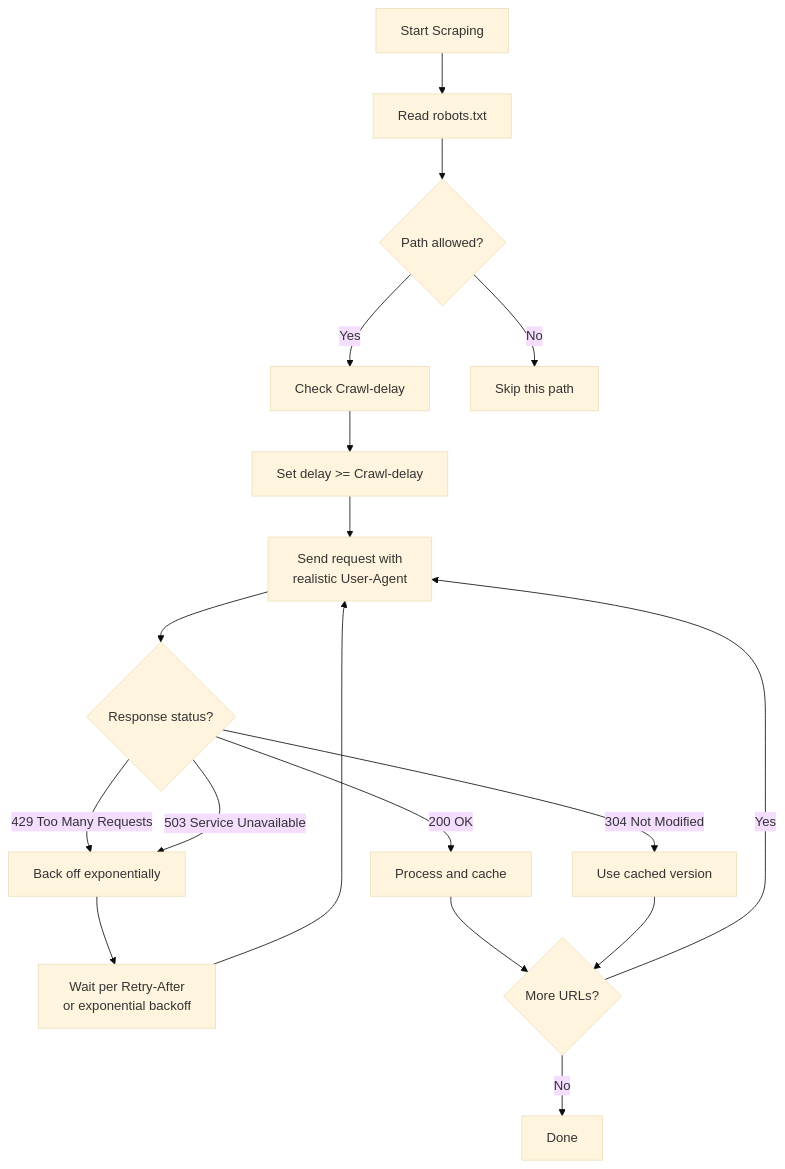
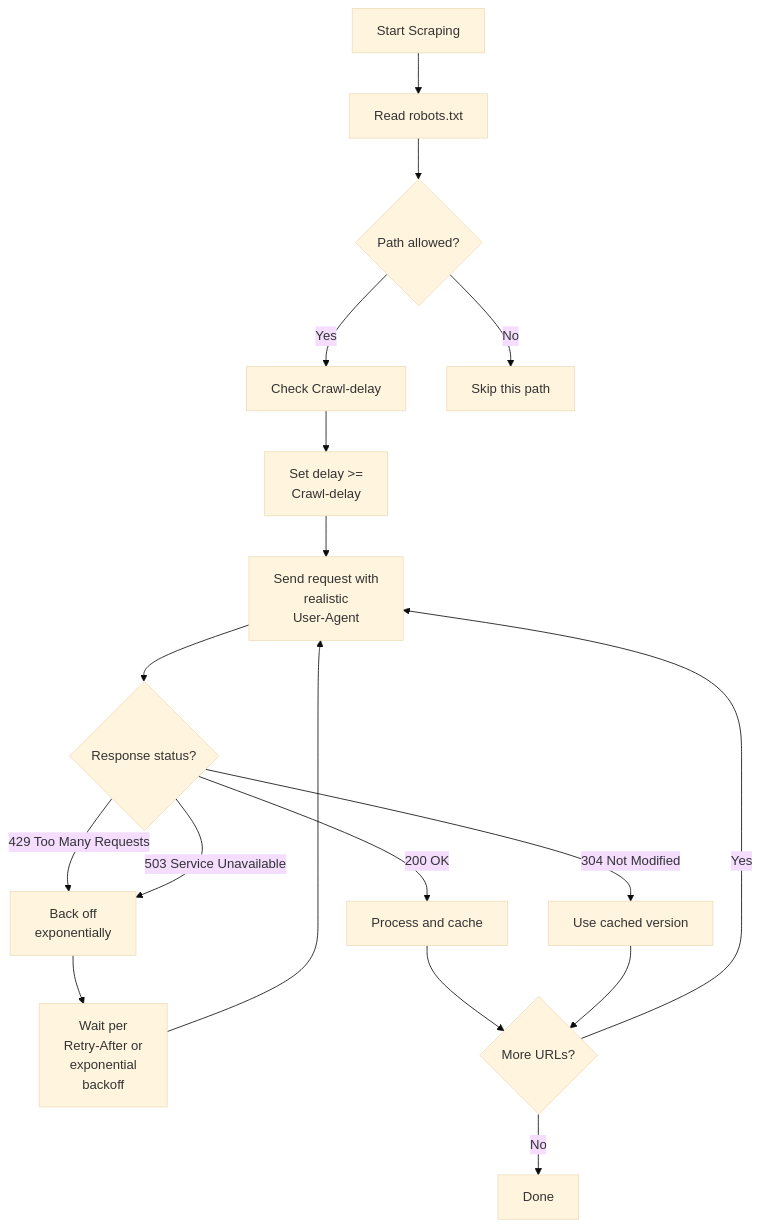
Before and after one commit to bytetunnels/bytetunnels.github.com: the fourth of 4 diagrams in _posts/2026-02-19-how-to-configure-rate-limiting-user-agent-rotation-responsibly.md, drawn with Mermaid (base theme). The commit also changed other lines of this file and 118 other files, not shown here.

Commit message:
feat: improve diagram styling and compact wide flowcharts

````diff
--- a/_posts/2026-02-19-how-to-configure-rate-limiting-user-agent-rotation-responsibly.md
+++ b/_posts/2026-02-19-how-to-configure-rate-limiting-user-agent-rotation-responsibly.md
@@ -622,24 +624,24 @@
 ```mermaid
 flowchart TD
     A["Start Scraping"] --> B["Read robots.txt"]
     B --> C{"Path allowed?"}
     C -->|"Yes"| D["Check Crawl-delay"]
     C -->|"No"| E["Skip this path"]
 
-    D --> F["Set delay >= Crawl-delay"]
-    F --> G["Send request with<br>realistic User-Agent"]
+    D --> F["Set delay >=<br/>Crawl-delay"]
+    F --> G["Send request with<br/>realistic<br/>User-Agent"]
     G --> H{"Response status?"}
 
     H -->|"200 OK"| I["Process and cache"]
-    H -->|"429 Too Many Requests"| J["Back off exponentially"]
+    H -->|"429 Too Many Requests"| J["Back off<br/>exponentially"]
     H -->|"503 Service Unavailable"| J
     H -->|"304 Not Modified"| K["Use cached version"]
 
-    J --> L["Wait per Retry-After<br>or exponential backoff"]
+    J --> L["Wait per<br/>Retry-After or<br/>exponential<br/>backoff"]
     L --> G
 
     I --> M{"More URLs?"}
     K --> M
     M -->|"Yes"| G
     M -->|"No"| N["Done"]
 ```
````
